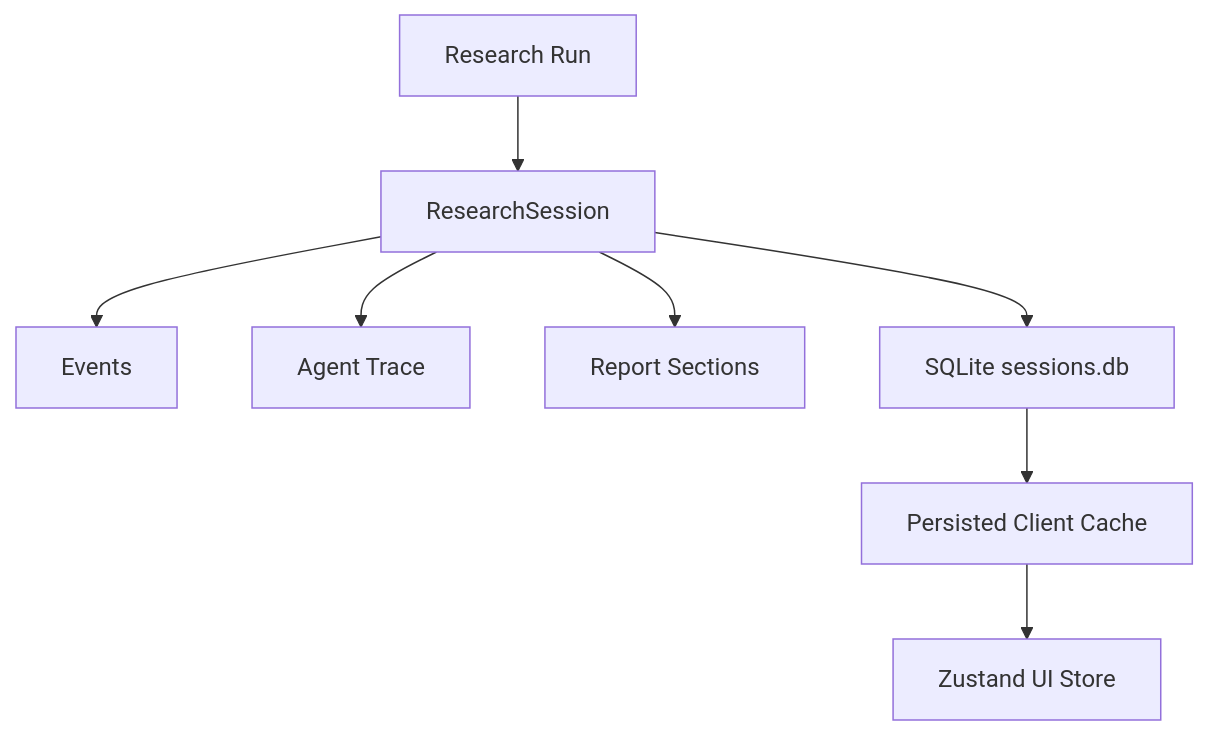
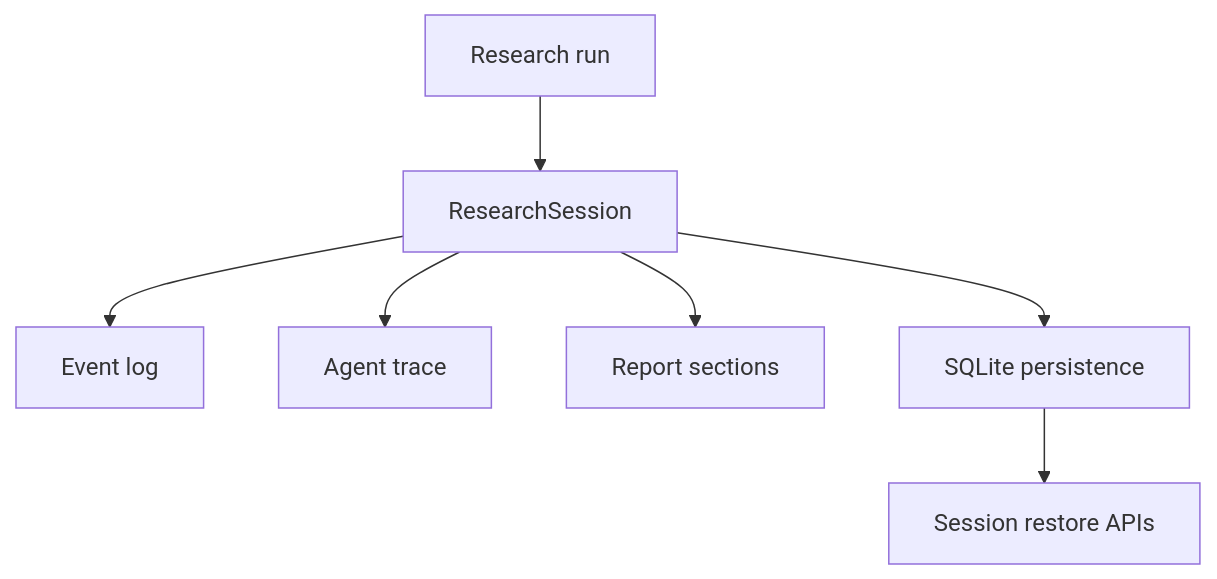
Before and after one commit to greenp8888/Submissions_C5: the seventh of 8 diagrams in Group_9/ai-hackathon/docs/ARCHITECTURE.md, drawn with Mermaid. The commit also changed other lines of this file and 35 other files, not shown here.

````diff
--- a/Group_9/ai-hackathon/docs/ARCHITECTURE.md
+++ b/Group_9/ai-hackathon/docs/ARCHITECTURE.md
@@ -306,19 +301,17 @@
 ```mermaid
 flowchart TD
-    Run[Research Run]
+    Run[Research run]
     Session[ResearchSession]
-    Events[Events]
-    Trace[Agent Trace]
-    Report[Report Sections]
-    SQLite[SQLite sessions.db]
-    ClientCache[Persisted Client Cache]
-    OutputStore[Zustand UI Store]
+    Events[Event log]
+    Trace[Agent trace]
+    Report[Report sections]
+    SQLite[SQLite persistence]
+    Restore[Session restore APIs]
 
     Run --> Session
     Session --> Events
     Session --> Trace
     Session --> Report
     Session --> SQLite
-    SQLite --> ClientCache
-    ClientCache --> OutputStore
+    SQLite --> Restore
 ```
````
